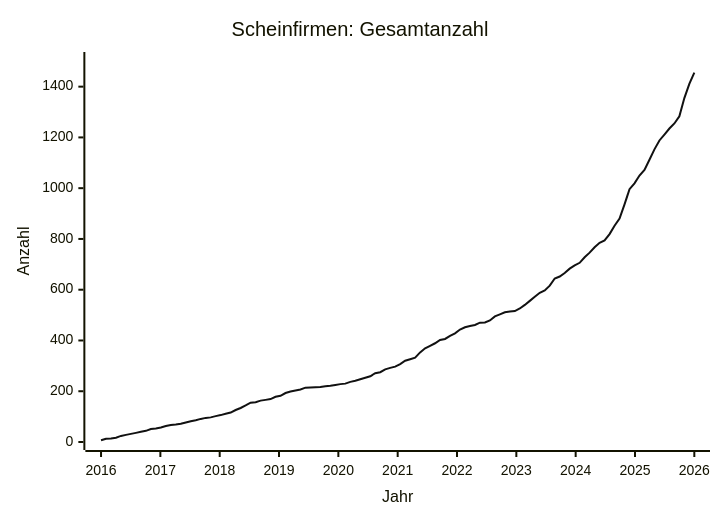
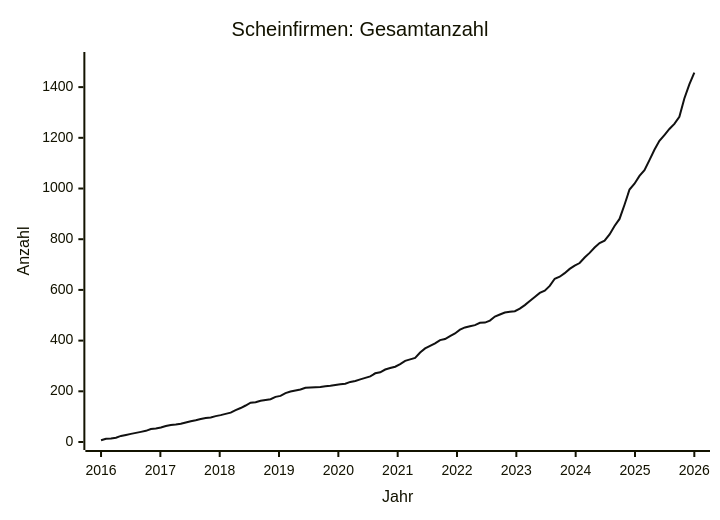
Before and after one commit to arjoma/scheinfirmen-at: the diagram in data/STATS.md, drawn with Mermaid. The commit also changed other lines of this file and 3 other files, not shown here.

````diff
--- a/data/STATS.md
+++ b/data/STATS.md
@@ -9,13 +9,13 @@
 ```mermaid
 ---
 config:
   themeVariables:
     xyChart:
       plotColorPalette: "#111111"
 ---
 xychart-beta
     title "Scheinfirmen: Gesamtanzahl"
     x-axis "Jahr" 2016 --> 2026
-    y-axis "Anzahl" 0 --> 1505
-    line [7, 13, 14, 17, 24, 28, 32, 36, 40, 44, 51, 53, 57, 63, 67, 69, 72, 77, 82, 86, 91, 95, 97, 102, 106, 111, 116, 126, 134, 144, 155, 157, 163, 166, 169, 178, 182, 193, 199, 203, 207, 214, 215, 216, 217, 220, 222, 225, 228, 230, 237, 241, 247, 253, 259, 271, 275, 286, 292, 297, 307, 320, 326, 332, 353, 369, 379, 389, 402, 406, 418, 428, 443, 452, 457, 461, 470, 471, 479, 495, 503, 511, 514, 516, 526, 540, 556, 572, 588, 597, 616, 644, 652, 666, 683, 696, 706, 728, 746, 767, 785, 794, 819, 852, 880, 936, 996, 1019, 1050, 1072, 1112, 1153, 1188, 1211, 1235, 1255, 1283, 1355, 1411, 1455]
+    y-axis "Anzahl" 0 --> 1507
+    line [7, 13, 14, 17, 24, 28, 32, 36, 40, 44, 51, 53, 57, 63, 67, 69, 72, 77, 82, 86, 91, 95, 97, 102, 106, 111, 116, 126, 134, 144, 155, 157, 163, 166, 169, 178, 182, 193, 199, 203, 207, 214, 215, 216, 217, 220, 222, 225, 228, 230, 237, 241, 247, 253, 259, 271, 275, 286, 292, 297, 307, 320, 326, 332, 353, 369, 379, 389, 402, 406, 418, 428, 443, 452, 457, 461, 470, 471, 479, 495, 503, 511, 514, 516, 526, 540, 556, 572, 588, 597, 616, 644, 652, 666, 683, 696, 706, 728, 746, 767, 785, 794, 819, 852, 880, 936, 996, 1019, 1050, 1072, 1112, 1153, 1188, 1211, 1235, 1255, 1283, 1355, 1411, 1457]
 ```
````
